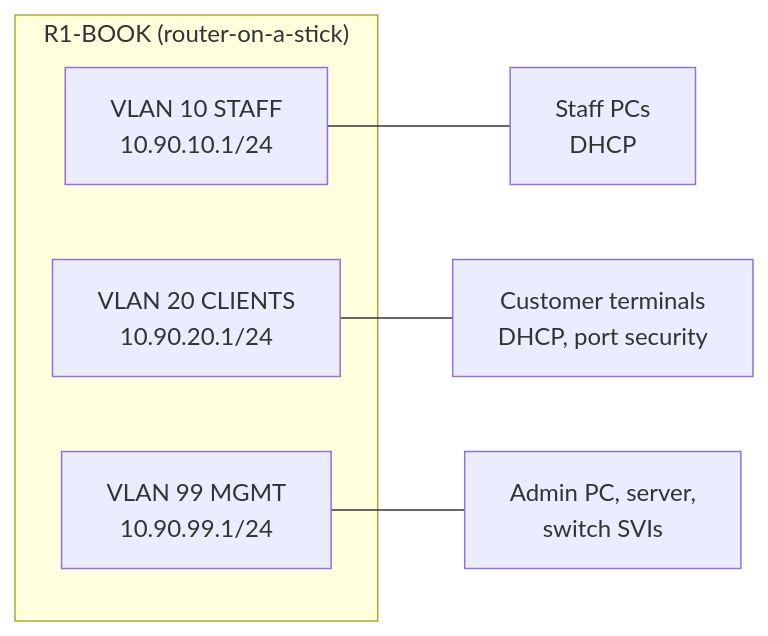
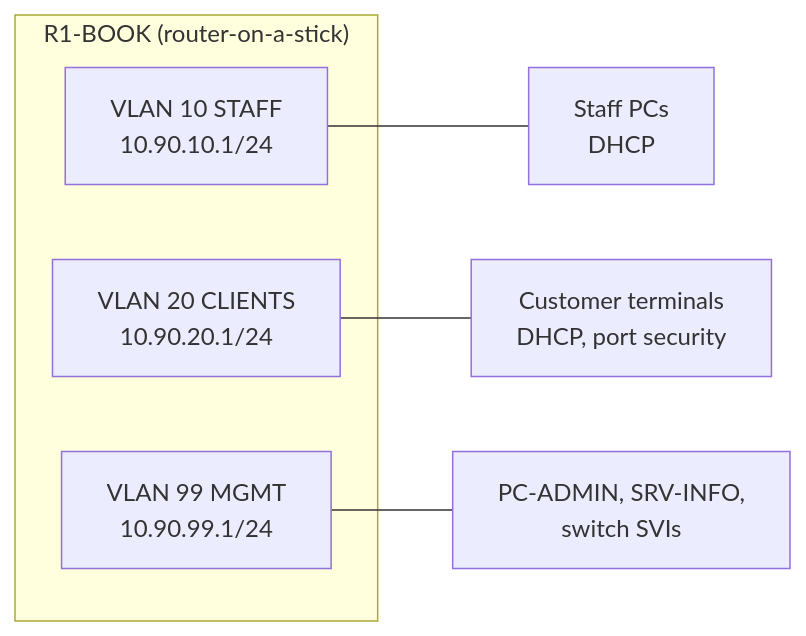
The diagram in 01-booknook-router-on-a-stick/HLD.md (mwozniak-net/cisco-network-labs), drawn with Mermaid before and after one commit. The commit also changed other lines of this file and 29 other files, not shown here.

````diff
--- a/01-booknook-router-on-a-stick/HLD.md
+++ b/01-booknook-router-on-a-stick/HLD.md
@@ -23,11 +22,11 @@
 ```mermaid
 flowchart LR
   subgraph R1["R1-BOOK (router-on-a-stick)"]
     G10["VLAN 10 STAFF<br/>10.90.10.1/24"]
     G20["VLAN 20 CLIENTS<br/>10.90.20.1/24"]
     G99["VLAN 99 MGMT<br/>10.90.99.1/24"]
   end
   G10 --- STAFF["Staff PCs<br/>DHCP"]
   G20 --- CLIENTS["Customer terminals<br/>DHCP, port security"]
-  G99 --- MGMT["Admin PC, server,<br/>switch SVIs"]
+  G99 --- MGMT["PC-ADMIN, SRV-INFO,<br/>switch SVIs"]
 ```
````
